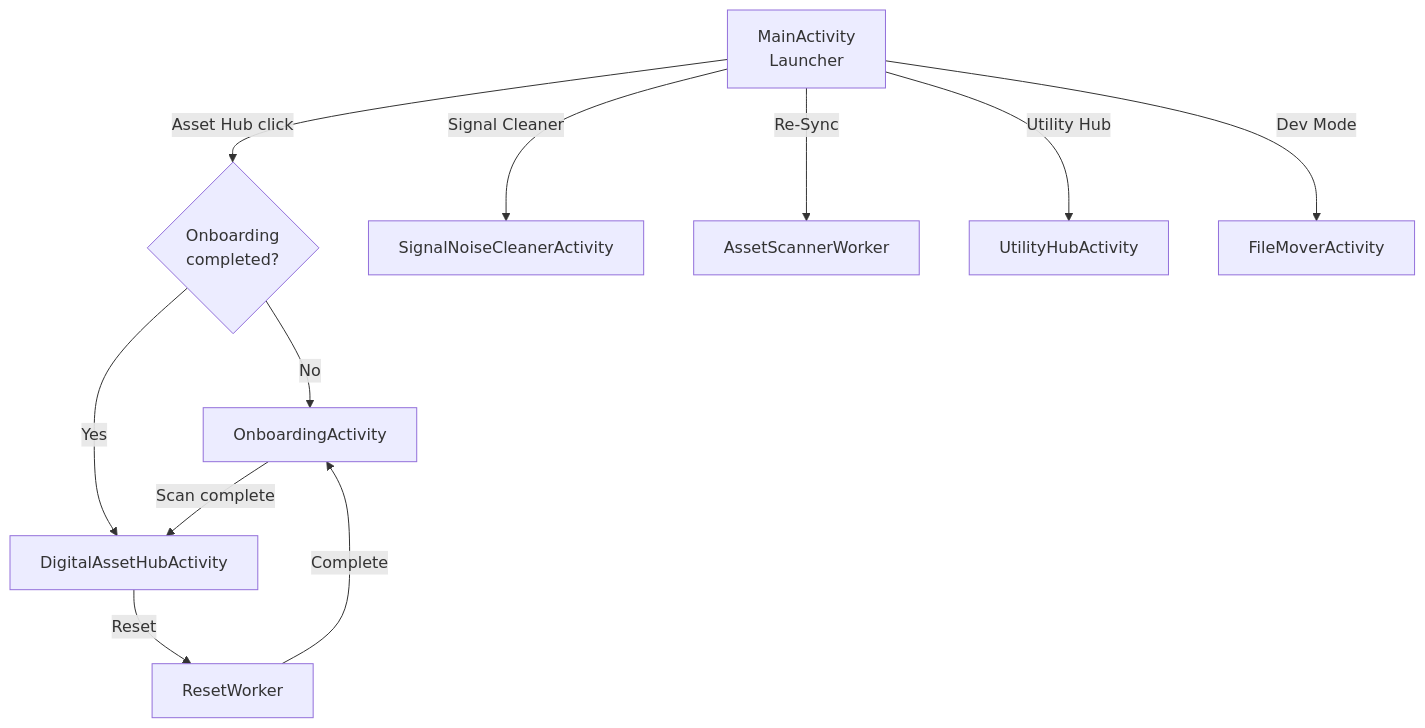
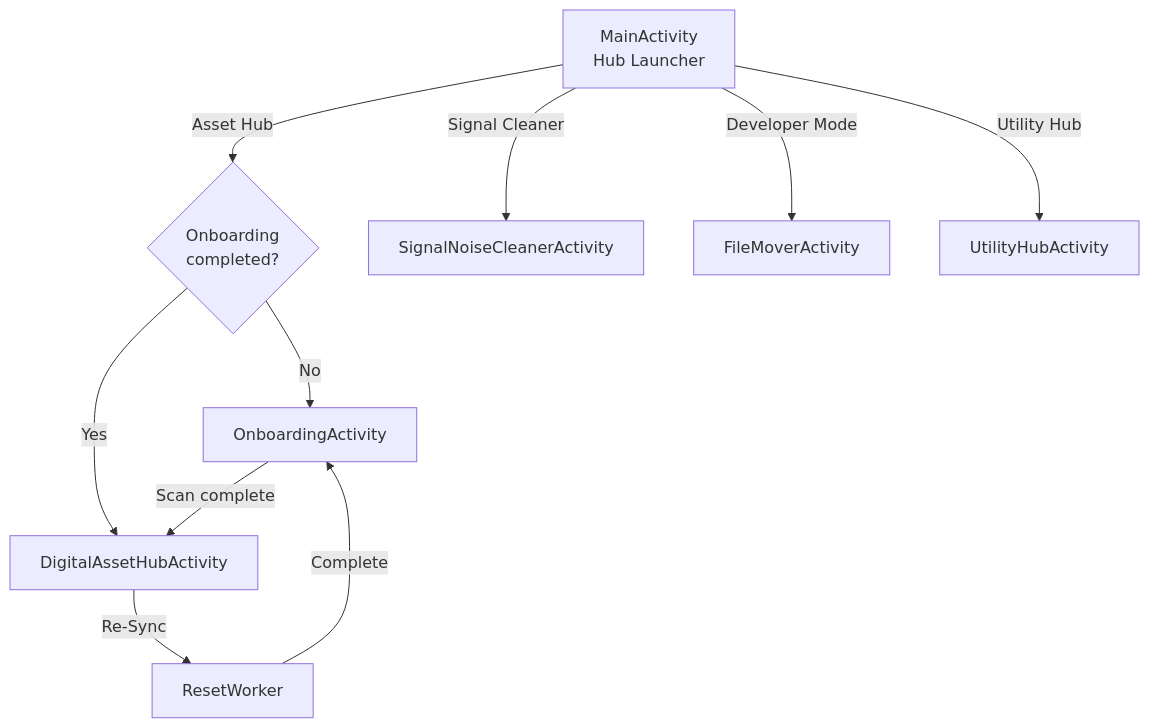
One commit to Rithesh077/NeatNest changed the diagram in docs/architecture.md. Above: the diagram before and after it, drawn with Mermaid. The commit also changed other lines of this file and 53 other files, not shown here.

````diff
--- a/docs/architecture.md
+++ b/docs/architecture.md
@@ -126,13 +130,12 @@
 ```mermaid
 graph TD
-    A[MainActivity<br/>Launcher] -->|Asset Hub click| B{Onboarding<br/>completed?}
+    A[MainActivity<br/>Hub Launcher] -->|Asset Hub| B{Onboarding<br/>completed?}
     B -->|No| C[OnboardingActivity]
     B -->|Yes| D[DigitalAssetHubActivity]
     C -->|Scan complete| D
     A -->|Signal Cleaner| E[SignalNoiseCleanerActivity]
-    A -->|Re-Sync| F[AssetScannerWorker]
+    A -->|Developer Mode| H[FileMoverActivity]
     A -->|Utility Hub| G[UtilityHubActivity]
-    A -->|Dev Mode| H[FileMoverActivity]
-    D -->|Reset| I[ResetWorker]
+    D -->|Re-Sync| I[ResetWorker]
     I -->|Complete| C
 ```
````
